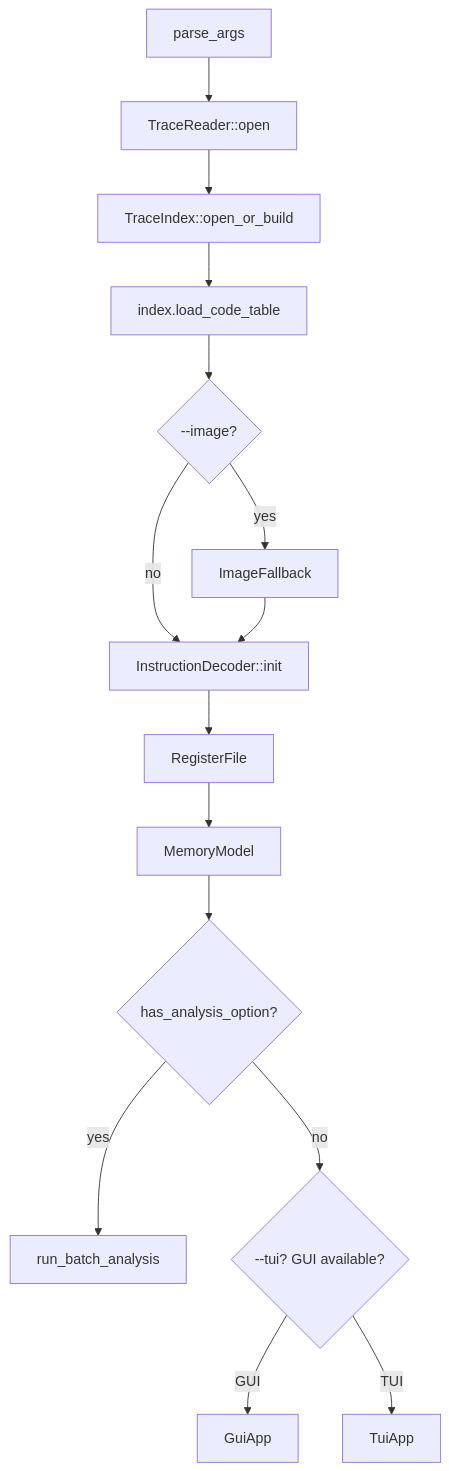
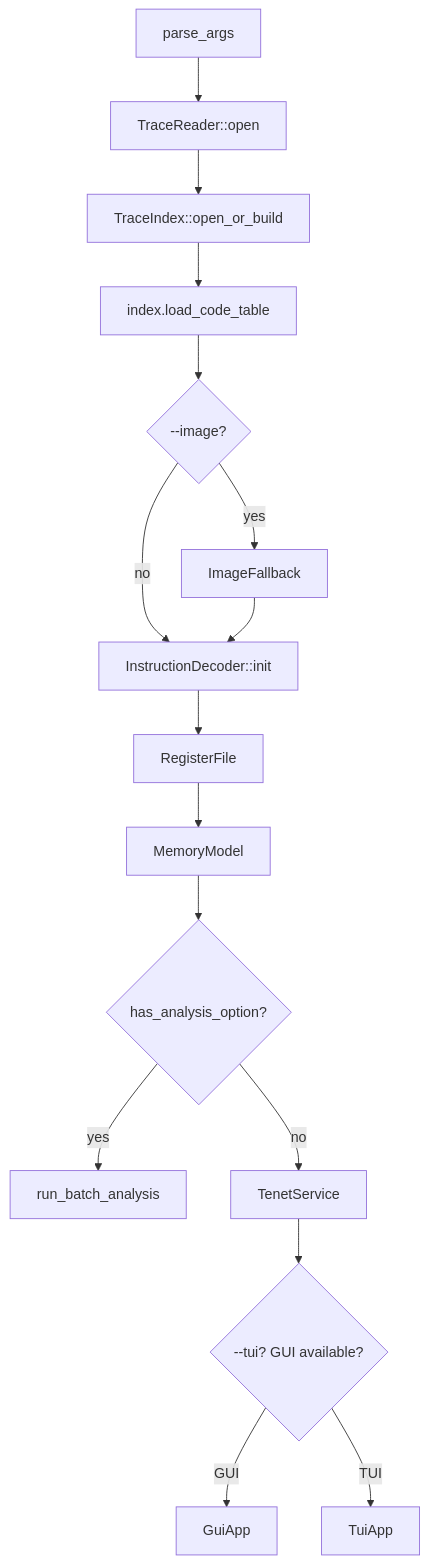
One commit to fuckreverse/retrace changed the second of 2 diagrams in slowmo/docs/ARCHITECTURE.md. Above: the diagram before and after it, drawn with Mermaid. The commit also changed other lines of this file and 1 other file, not shown here.

First line of the commit message:
docs: document TenetService layer in architecture and UI docs

````diff
--- a/slowmo/docs/ARCHITECTURE.md
+++ b/slowmo/docs/ARCHITECTURE.md
@@ -27,17 +29,18 @@
 ```mermaid
 flowchart TD
     A[parse_args] --> B[TraceReader::open]
     B --> C[TraceIndex::open_or_build]
     C --> D[index.load_code_table]
     D --> E{--image?}
     E -- yes --> F[ImageFallback]
     E -- no --> G[InstructionDecoder::init]
     F --> G
     G --> H[RegisterFile]
     H --> I[MemoryModel]
     I --> J{has_analysis_option?}
     J -- yes --> K[run_batch_analysis]
-    J -- no --> L{--tui? GUI available?}
-    L -- GUI --> M[GuiApp]
-    L -- TUI --> N[TuiApp]
+    J -- no --> L[TenetService]
+    L --> M{--tui? GUI available?}
+    M -- GUI --> N[GuiApp]
+    M -- TUI --> O[TuiApp]
 ```
````
